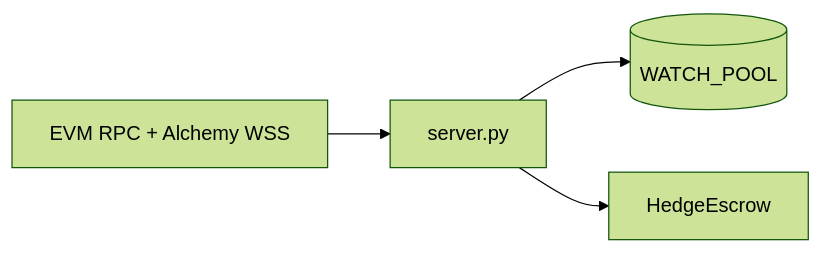
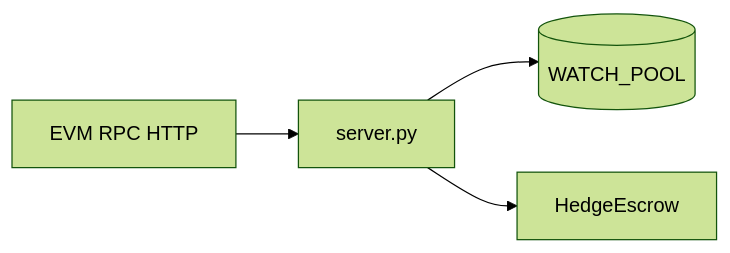
One commit to NotKrystian/DeltaFlow changed the diagram in docs/operations/backend-api.md. Above: the diagram before and after it, drawn with Mermaid (forest theme). The commit also changed other lines of this file and 19 other files, not shown here.

````diff
--- a/docs/operations/backend-api.md
+++ b/docs/operations/backend-api.md
@@ -7,10 +7,10 @@
 ```mermaid
 flowchart LR
-  RPC[EVM RPC + Alchemy WSS]
+  RPC[EVM RPC HTTP]
   S[server.py]
   P[(WATCH_POOL)]
   E[HedgeEscrow]
   RPC --> S
   S --> P
   S --> E
 ```
````
